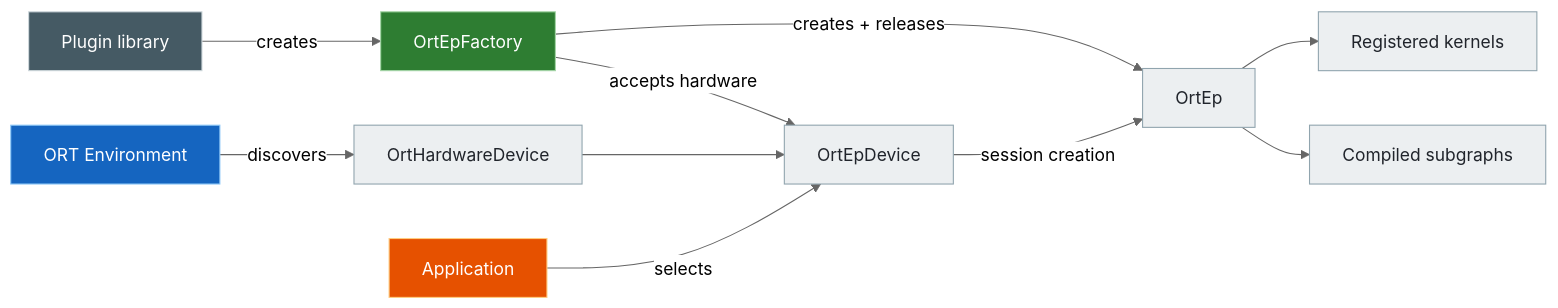
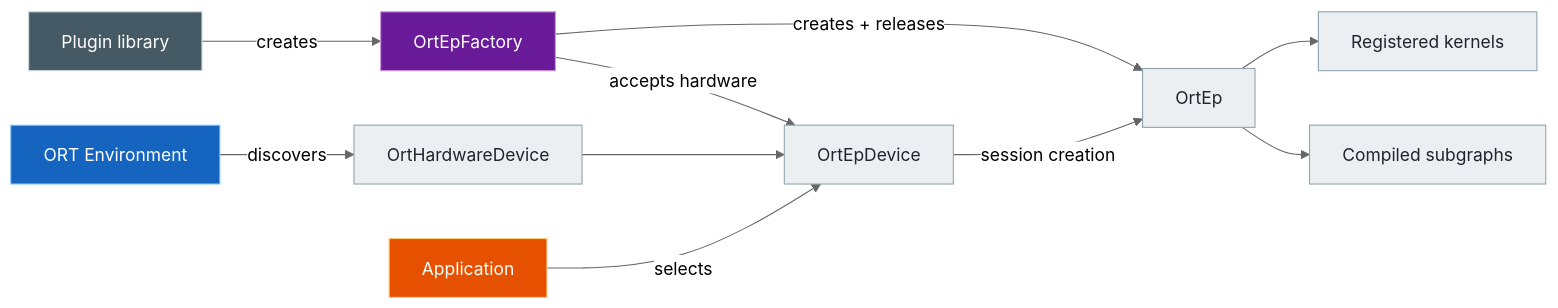
The fifth of 13 diagrams in PluginEP/README.md (DakeQQ/Tutorial-ONNX-Runtime-Execution-Providers), drawn with Mermaid (neutral theme) before and after one commit. The commit also changed other lines of this file and 15 other files, not shown here.

````diff
--- a/PluginEP/README.md
+++ b/PluginEP/README.md
@@ -176,19 +174,23 @@
 ```mermaid
 flowchart LR
     LIB["Plugin library"] -->|creates| F["OrtEpFactory"]
     ORT["ORT Environment"] -->|discovers| H["OrtHardwareDevice"]
     F -->|accepts hardware| D["OrtEpDevice"]
     H --> D
     APP["Application"] -->|selects| D
     D -->|session creation| E["OrtEp"]
     F -->|creates + releases| E
     E --> C["Compiled subgraphs"]
     E --> K["Registered kernels"]
 
-    style LIB fill:#455a64,stroke:#cfd8dc,color:#ffffff
-    style ORT fill:#1565c0,stroke:#90caf9,color:#ffffff
-    style APP fill:#e65100,stroke:#ffcc80,color:#ffffff
-    style F fill:#2e7d32,stroke:#a5d6a7,color:#ffffff
+    class LIB slate
+    class ORT blue
+    class APP orange
+    class F purple
+    class H,D,E,C,K leaf
+    classDef slate fill:#455a64,stroke:#cfd8dc,color:#ffffff
+    classDef blue fill:#1565c0,stroke:#90caf9,color:#ffffff
+    classDef orange fill:#e65100,stroke:#ffcc80,color:#ffffff
+    classDef purple fill:#6a1b9a,stroke:#ce93d8,color:#ffffff
     classDef leaf fill:#eceff1,stroke:#90a4ae,color:#20242b
-    class H,D,E,C,K leaf
 ```
````
